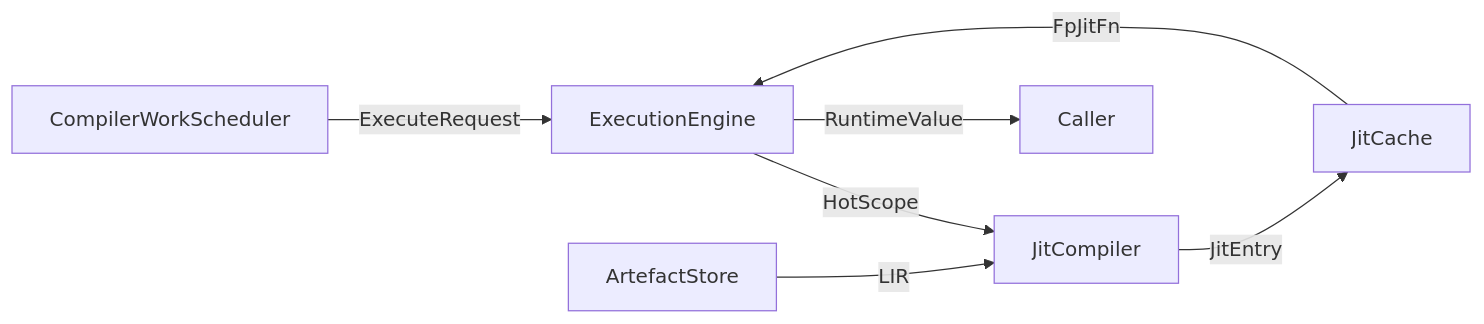
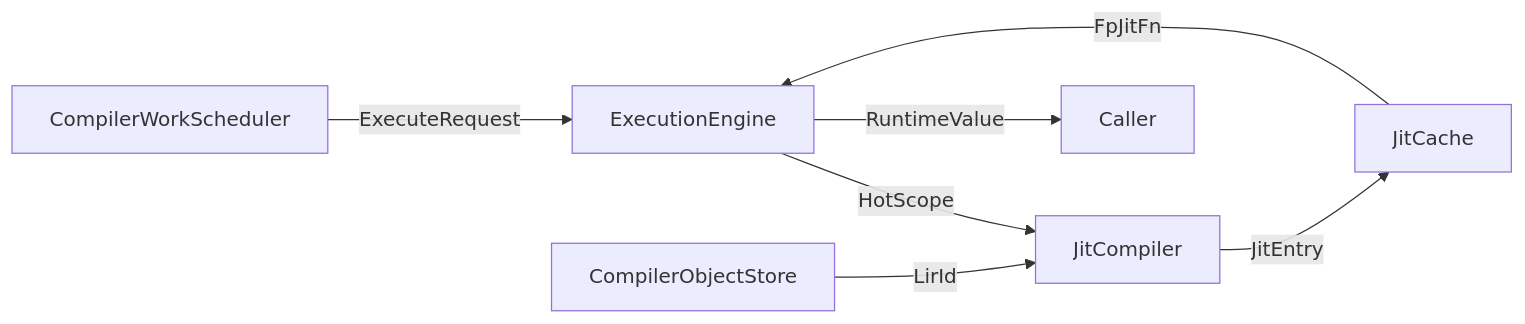
The diagram in docs/JIT.md (JakkuSakura/FerroPhase), drawn with Mermaid before and after one commit. The commit also changed other lines of this file and 26 other files, not shown here.

````diff
--- a/docs/JIT.md
+++ b/docs/JIT.md
@@ -30,9 +30,9 @@
 ```mermaid
 flowchart LR
     CompilerWorkScheduler[CompilerWorkScheduler] -->|ExecuteRequest| ExecutionEngine[ExecutionEngine]
     ExecutionEngine -->|HotScope| JitCompiler[JitCompiler]
-    ArtefactStore[ArtefactStore] -->|LIR| JitCompiler
+    CompilerObjectStore[CompilerObjectStore] -->|LirId| JitCompiler
     JitCompiler -->|JitEntry| JitCache[JitCache]
     JitCache -->|FpJitFn| ExecutionEngine
     ExecutionEngine -->|RuntimeValue| Caller[Caller]
 ```
````
